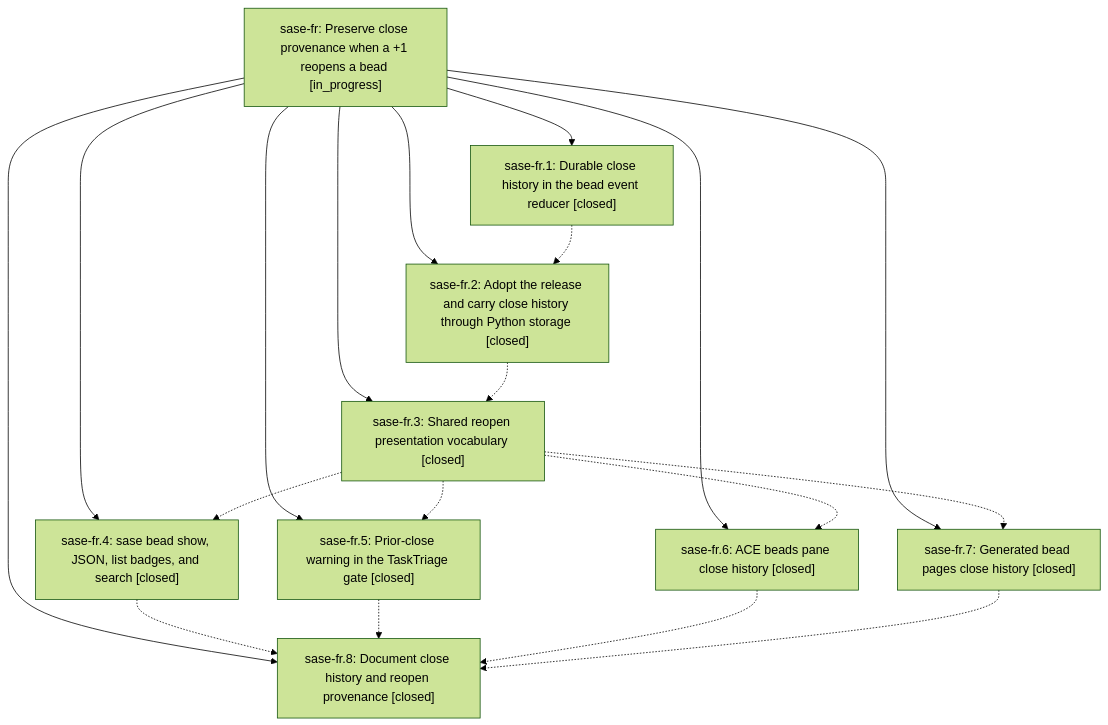
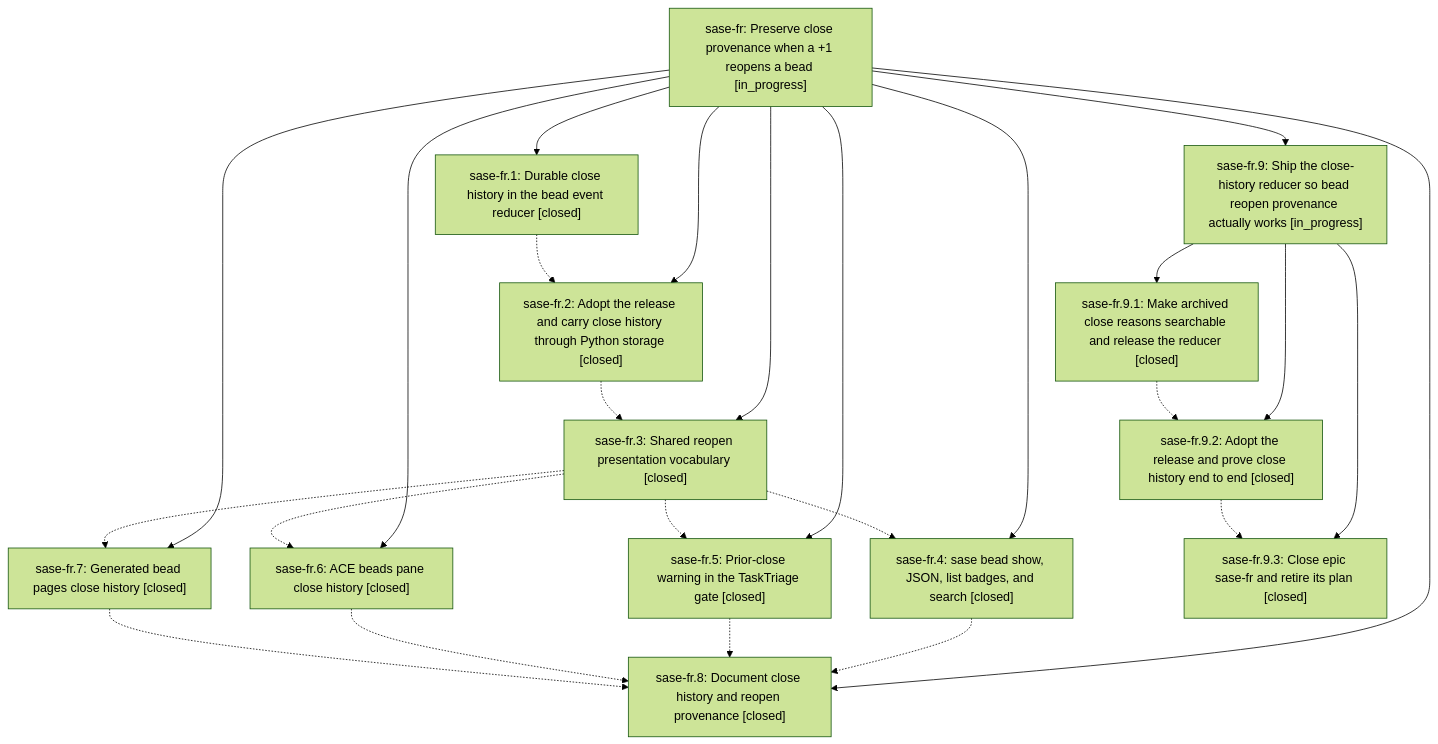
The diagram in pages/sase-fr/README.md (sase-org/sase--beads), drawn with Mermaid (forest theme) before and after one commit. The commit also changed other lines of this file and 5 other files, not shown here.

First line of the commit message:
chore(beads): sync bead state and pages for sase-fr

````diff
--- a/pages/sase-fr/README.md
+++ b/pages/sase-fr/README.md
@@ -29,30 +45,40 @@
 ```mermaid
 flowchart TD
     n0["sase-fr: Preserve close provenance when a +1 reopens a bead [in_progress]"]
     n1["sase-fr.1: Durable close history in the bead event reducer [closed]"]
     n2["sase-fr.2: Adopt the release and carry close history through Python storage [closed]"]
     n3["sase-fr.3: Shared reopen presentation vocabulary [closed]"]
     n4["sase-fr.4: sase bead show, JSON, list badges, and search [closed]"]
     n5["sase-fr.5: Prior-close warning in the TaskTriage gate [closed]"]
     n6["sase-fr.6: ACE beads pane close history [closed]"]
     n7["sase-fr.7: Generated bead pages close history [closed]"]
     n8["sase-fr.8: Document close history and reopen provenance [closed]"]
+    n9["sase-fr.9: Ship the close-history reducer so bead reopen provenance actually works [in_progress]"]
+    n10["sase-fr.9.1: Make archived close reasons searchable and release the reducer [closed]"]
+    n11["sase-fr.9.2: Adopt the release and prove close history end to end [closed]"]
+    n12["sase-fr.9.3: Close epic sase-fr and retire its plan [closed]"]
     n0 --> n1
     n0 --> n2
     n0 --> n3
     n0 --> n4
     n0 --> n5
     n0 --> n6
     n0 --> n7
     n0 --> n8
+    n0 --> n9
+    n9 --> n10
+    n9 --> n11
+    n9 --> n12
     n1 -.-> n2
     n2 -.-> n3
     n3 -.-> n4
     n3 -.-> n5
     n3 -.-> n6
     n3 -.-> n7
     n4 -.-> n8
     n5 -.-> n8
     n6 -.-> n8
     n7 -.-> n8
+    n10 -.-> n11
+    n11 -.-> n12
 ```
````
